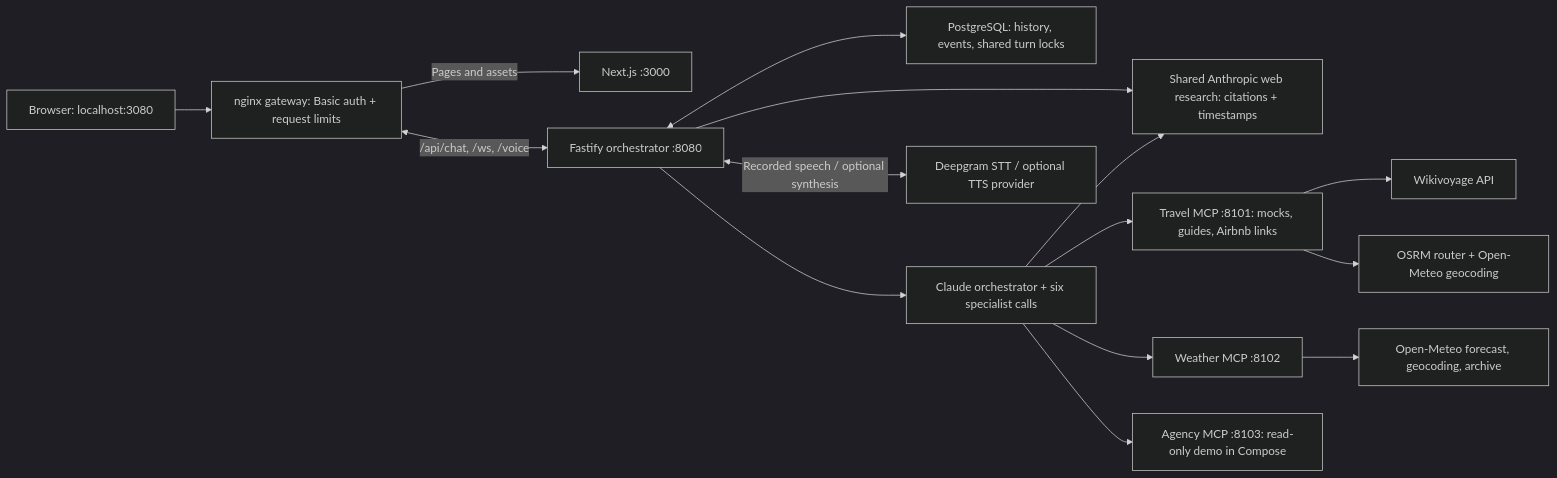
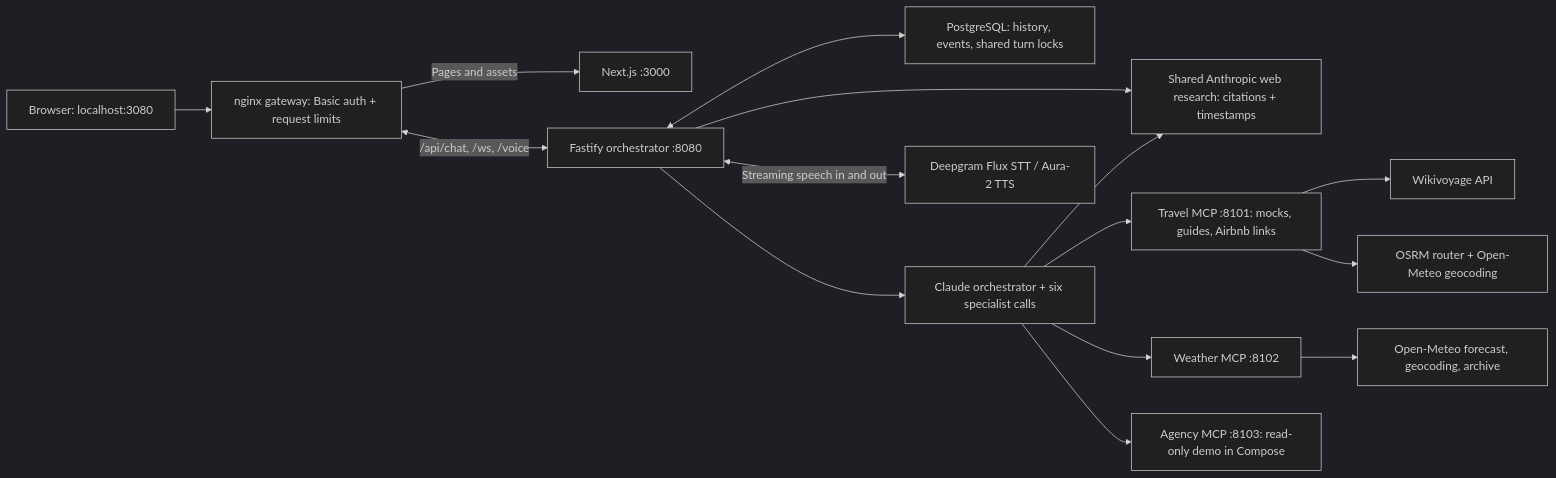
Before and after one commit to rohansawant07/voice-agentic-ai: the diagram in README.md, drawn with Mermaid (dark theme). The commit also changed other lines of this file and 17 other files, not shown here.

First line of the commit message:
Add hands-free voice with Deepgram Flux turn-taking and streaming speech

````diff
--- a/README.md
+++ b/README.md
@@ -101,17 +101,17 @@
 ```mermaid
 flowchart LR
   U["Browser: localhost:3080"] --> G["nginx gateway: Basic auth + request limits"]
   G -->|Pages and assets| WEB["Next.js :3000"]
   G <-->|"/api/chat, /ws, /voice"| O["Fastify orchestrator :8080"]
   O <--> DB["PostgreSQL: history, events, shared turn locks"]
   O --> SEARCH["Shared Anthropic web research: citations + timestamps"]
   AI --> SEARCH
   O --> AI["Claude orchestrator + six specialist calls"]
-  O <-->|Recorded speech / optional synthesis| VOICE["Deepgram STT / optional TTS provider"]
+  O <-->|Streaming speech in and out| VOICE["Deepgram Flux STT / Aura-2 TTS"]
   AI --> T["Travel MCP :8101: mocks, guides, Airbnb links"]
   T --> WV["Wikivoyage API"]
   T --> OSRM["OSRM router + Open-Meteo geocoding"]
   AI --> W["Weather MCP :8102"]
   W --> OM["Open-Meteo forecast, geocoding, archive"]
   AI --> A["Agency MCP :8103: read-only demo in Compose"]
 ```
````
